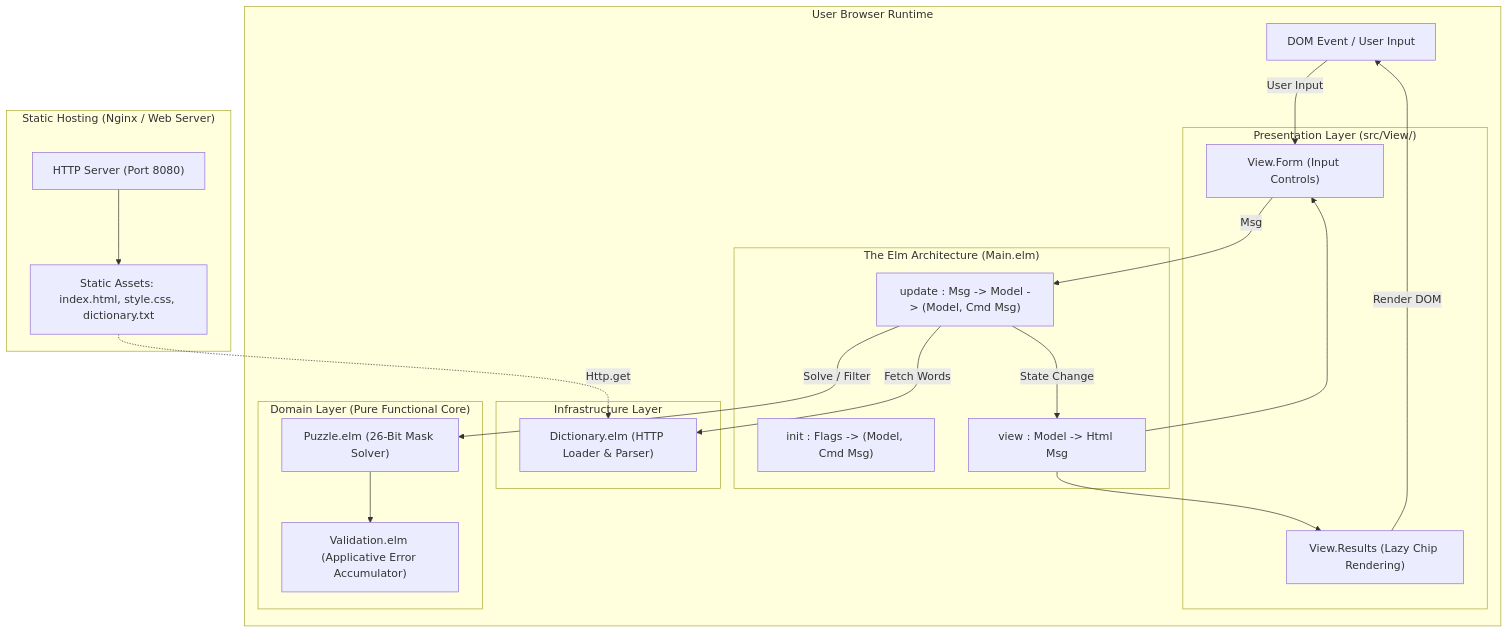
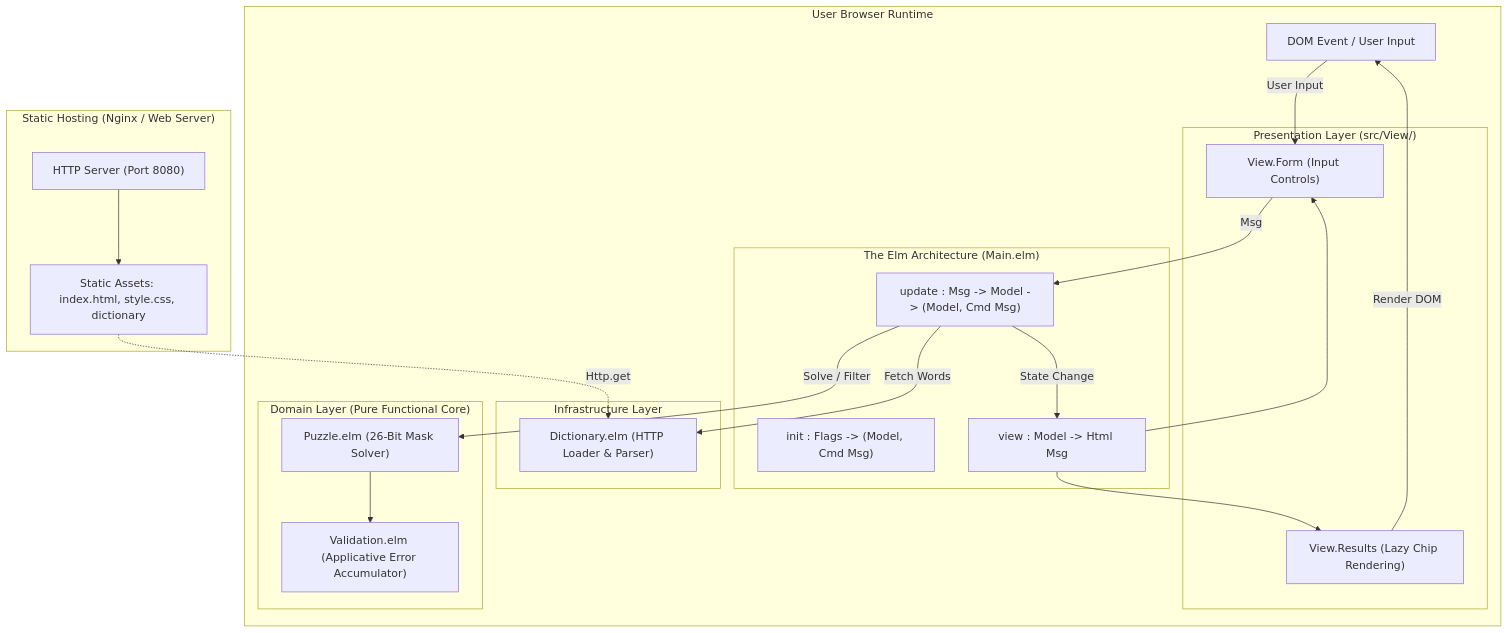
One commit to frankhjung/elm-wordpuzzle changed the first of 3 diagrams in README.md. Above: the diagram before and after it, drawn with Mermaid. The commit also changed other lines of this file and 13 other files, not shown here.

````diff
--- a/README.md
+++ b/README.md
@@ -163,43 +156,43 @@
 ```mermaid
 flowchart TB
-  subgraph Host["Static Hosting (Nginx / Web Server)"]
-    SRV["HTTP Server (Port 8080)"]
-    ASSET["Static Assets: index.html, style.css, dictionary.txt"]
-    SRV --> ASSET
-  end
-
-  subgraph Browser["User Browser Runtime"]
-    DOM["DOM Event / User Input"]
-
-    subgraph TEA["The Elm Architecture (Main.elm)"]
-      INIT["init : Flags -> (Model, Cmd Msg)"]
-      UPDATE["update : Msg -> Model -> (Model, Cmd Msg)"]
-      VIEW["view : Model -> Html Msg"]
+    subgraph Host["Static Hosting (Nginx / Web Server)"]
+        SRV["HTTP Server (Port 8080)"]
+        ASSET["Static Assets: index.html, style.css, dictionary"]
+        SRV --> ASSET
     end
 
-    subgraph Presentation["Presentation Layer (src/View/)"]
-      FORM["View.Form (Input Controls)"]
-      RESULTS["View.Results (Lazy Chip Rendering)"]
+    subgraph Browser["User Browser Runtime"]
+        DOM["DOM Event / User Input"]
+
+        subgraph TEA["The Elm Architecture (Main.elm)"]
+            INIT["init : Flags -> (Model, Cmd Msg)"]
+            UPDATE["update : Msg -> Model -> (Model, Cmd Msg)"]
+            VIEW["view : Model -> Html Msg"]
+        end
+
+        subgraph Presentation["Presentation Layer (src/View/)"]
+            FORM["View.Form (Input Controls)"]
+            RESULTS["View.Results (Lazy Chip Rendering)"]
+        end
+
+        subgraph Infrastructure["Infrastructure Layer"]
+            DICT["Dictionary.elm (HTTP Loader & Parser)"]
+        end
+
+        subgraph Domain["Domain Layer (Pure Functional Core)"]
+            PUZZLE["Puzzle.elm (26-Bit Mask Solver)"]
+            VAL["Validation.elm (Applicative Error Accumulator)"]
+        end
     end
 
-    subgraph Infrastructure["Infrastructure Layer"]
-      DICT["Dictionary.elm (HTTP Loader & Parser)"]
-    end
-
-    subgraph Domain["Domain Layer (Pure Functional Core)"]
-      PUZZLE["Puzzle.elm (26-Bit Mask Solver)"]
-      VAL["Validation.elm (Applicative Error Accumulator)"]
-    end
-  end
-
-  ASSET -.->|"Http.get"| DICT
-  DOM -->|"User Input"| FORM
-  FORM -->|"Msg"| UPDATE
-  UPDATE -->|"State Change"| VIEW
-  VIEW --> FORM
-  VIEW --> RESULTS
-  UPDATE -->|"Solve / Filter"| PUZZLE
-  UPDATE -->|"Fetch Words"| DICT
-  PUZZLE --> VAL
-  RESULTS -->|"Render DOM"| DOM
+    ASSET -.->|"Http.get"| DICT
+    DOM -->|"User Input"| FORM
+    FORM -->|"Msg"| UPDATE
+    UPDATE -->|"State Change"| VIEW
+    VIEW --> FORM
+    VIEW --> RESULTS
+    UPDATE -->|"Solve / Filter"| PUZZLE
+    UPDATE -->|"Fetch Words"| DICT
+    PUZZLE --> VAL
+    RESULTS -->|"Render DOM"| DOM
 ```
````
